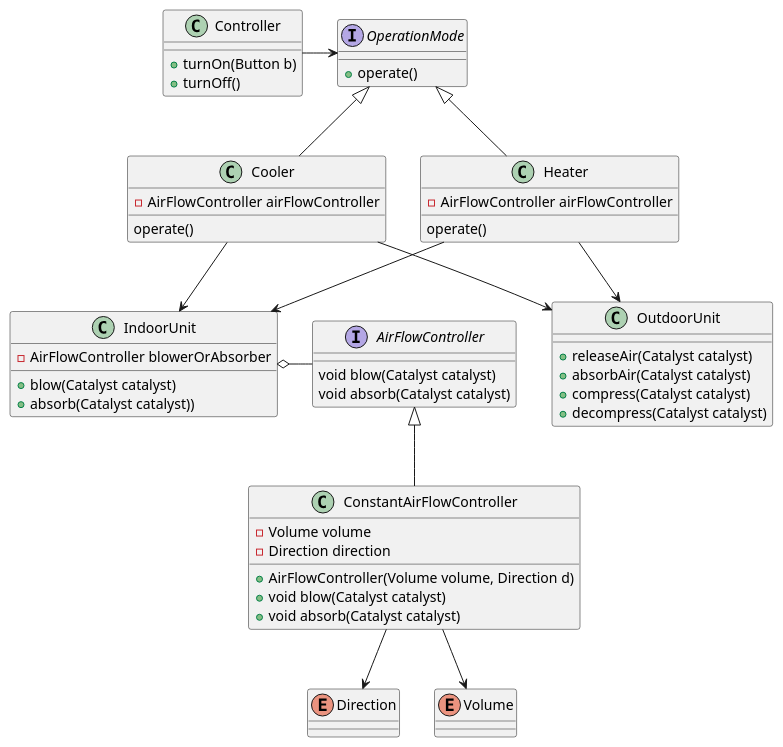
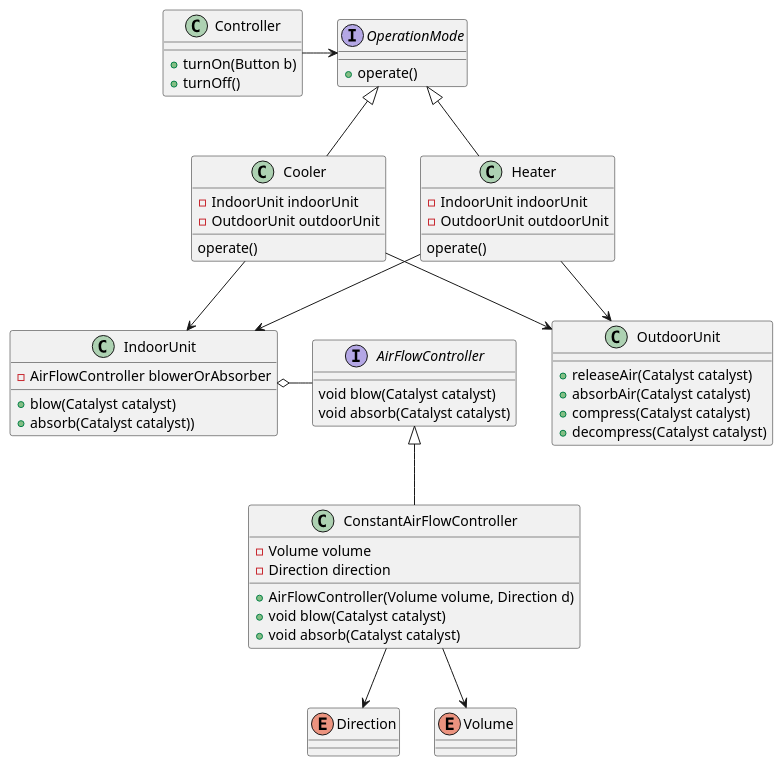
The diagram in air-conditioner.puml (yatakeke/modeling-training), drawn with PlantUML before and after one commit.

Commit message:
各モードで室内機と室外機のインスタンスを持った方が良いため

```diff
--- a/air-conditioner.puml
+++ b/air-conditioner.puml
@@ -1,80 +1,82 @@
 @startuml
 'https://plantuml.com/class-diagram
 
 '基本的には冷房と暖房の２つしか選べない
 '風向の指定しかできない
 '温度センサー未実装
 
 class Controller {
 +turnOn(Button b)
 +turnOff()
 }
 
 Controller -right-> OperationMode
 
 interface OperationMode {
 +operate()
 }
 
 OperationMode <|-- Cooler
 OperationMode <|-- Heater
 
 class Cooler {
--AirFlowController airFlowController
+-IndoorUnit indoorUnit
+-OutdoorUnit outdoorUnit
 operate()
 }
 
 Cooler --> IndoorUnit
 Cooler --> OutdoorUnit
 
 class Heater {
--AirFlowController airFlowController
+-IndoorUnit indoorUnit
+-OutdoorUnit outdoorUnit
 operate()
 }
 
 Heater --> IndoorUnit
 Heater --> OutdoorUnit
 
 
 '意図がindoorUnitと少し違うことを明確にするためにあえて違う名前にしてみた
 class OutdoorUnit {
 +releaseAir(Catalyst catalyst)
 +absorbAir(Catalyst catalyst)
 +compress(Catalyst catalyst)
 +decompress(Catalyst catalyst)
 }
 
 class IndoorUnit {
 -AirFlowController blowerOrAbsorber
 +blow(Catalyst catalyst)
 +absorb(Catalyst catalyst))
 }
 
 IndoorUnit o-right- AirFlowController
 
 interface AirFlowController {
 void blow(Catalyst catalyst)
 void absorb(Catalyst catalyst)
 }
 
 AirFlowController <|-- ConstantAirFlowController
 'TODO: autoとかの実装を後ほどする
 
 class ConstantAirFlowController {
 -Volume volume
 -Direction direction
 +AirFlowController(Volume volume, Direction d)
 +void blow(Catalyst catalyst)
 +void absorb(Catalyst catalyst)
 }
 
 ConstantAirFlowController --> Direction
 ConstantAirFlowController --> Volume
 
 enum Direction {
 }
 
 enum Volume {
 }
 
 @enduml
```
